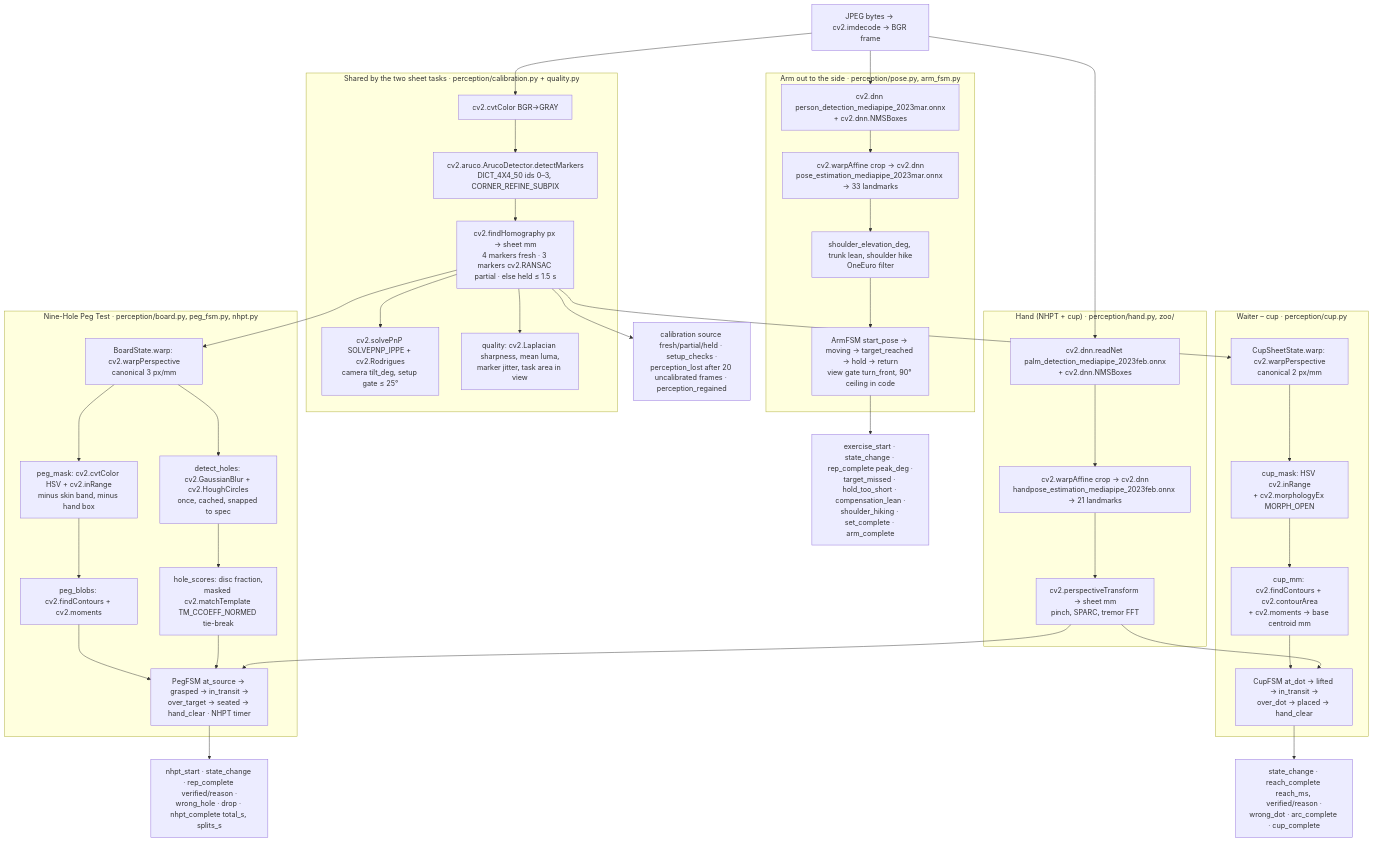
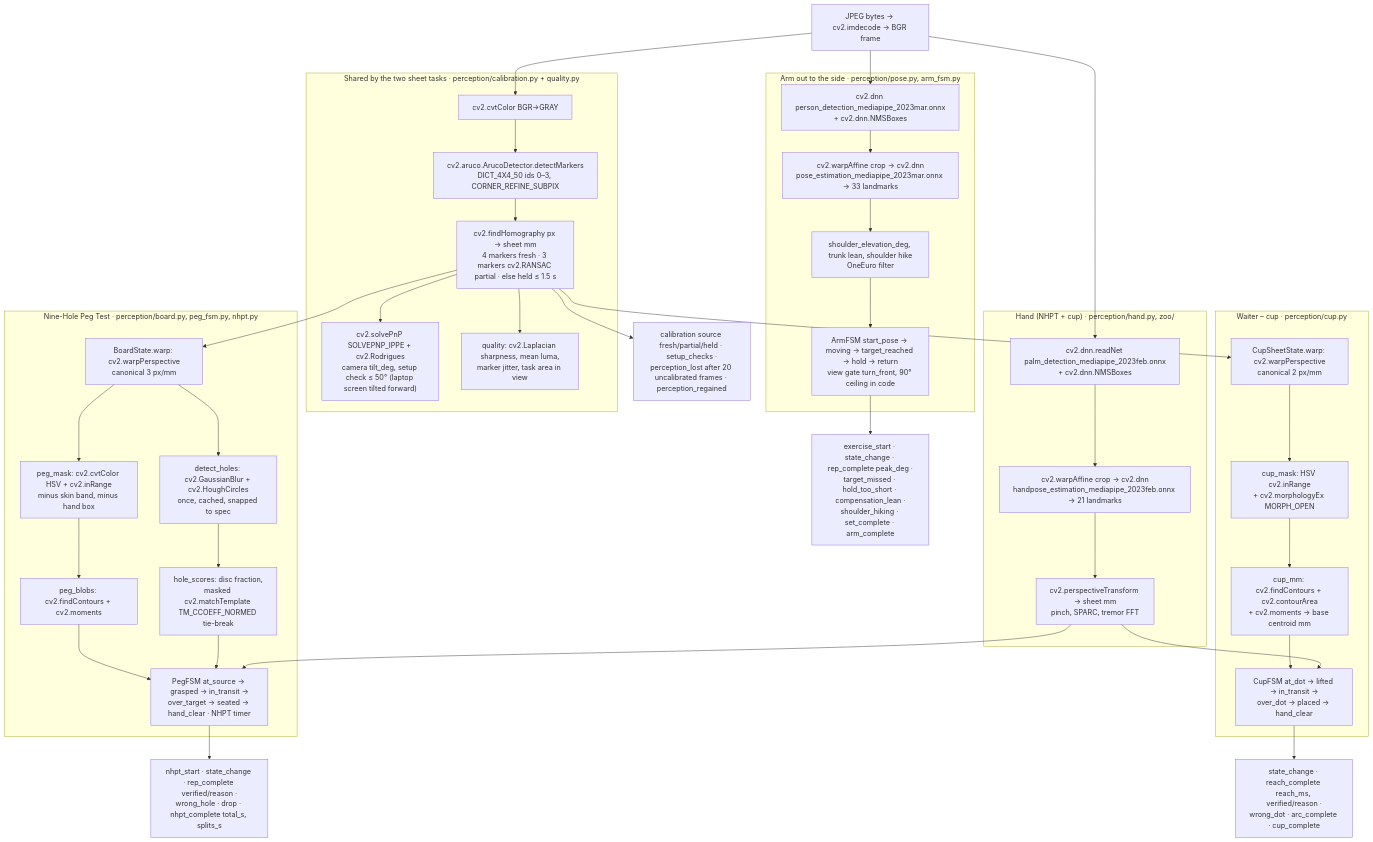
One commit to Sathvik609/Praxis changed the second of 3 diagrams in docs/ARCHITECTURE.md. Above: the diagram before and after it, drawn with Mermaid. The commit also changed other lines of this file and 5 other files, not shown here.

First line of the commit message:
feat(web): camera setup shows the laptop tilted over the sheet, laptop camera only

````diff
--- a/docs/ARCHITECTURE.md
+++ b/docs/ARCHITECTURE.md
@@ -95,62 +95,62 @@
 ```mermaid
 flowchart TB
     IN["JPEG bytes → cv2.imdecode → BGR frame"]
 
     subgraph SHEET["Shared by the two sheet tasks · perception/calibration.py + quality.py"]
         A1["cv2.cvtColor BGR→GRAY"]
         A2["cv2.aruco.ArucoDetector.detectMarkers<br/>DICT_4X4_50 ids 0–3, CORNER_REFINE_SUBPIX"]
         A3["cv2.findHomography px → sheet mm<br/>4 markers fresh · 3 markers cv2.RANSAC partial · else held ≤ 1.5 s"]
-        A4["cv2.solvePnP SOLVEPNP_IPPE + cv2.Rodrigues<br/>camera tilt_deg, setup gate ≤ 25°"]
+        A4["cv2.solvePnP SOLVEPNP_IPPE + cv2.Rodrigues<br/>camera tilt_deg, setup check ≤ 50° (laptop screen tilted forward)"]
         A5["quality: cv2.Laplacian sharpness, mean luma,<br/>marker jitter, task area in view"]
         A1 --> A2 --> A3 --> A4
         A3 --> A5
     end
 
     subgraph NHPT["Nine-Hole Peg Test · perception/board.py, peg_fsm.py, nhpt.py"]
         N1["BoardState.warp: cv2.warpPerspective<br/>canonical 3 px/mm"]
         N2["detect_holes: cv2.GaussianBlur + cv2.HoughCircles<br/>once, cached, snapped to spec"]
         N3["peg_mask: cv2.cvtColor HSV + cv2.inRange<br/>minus skin band, minus hand box"]
         N4["peg_blobs: cv2.findContours + cv2.moments"]
         N5["hole_scores: disc fraction,<br/>masked cv2.matchTemplate TM_CCOEFF_NORMED tie-break"]
         N6["PegFSM at_source → grasped → in_transit →<br/>over_target → seated → hand_clear · NHPT timer"]
         N1 --> N2 --> N5
         N1 --> N3 --> N4 --> N6
         N5 --> N6
     end
 
     subgraph CUPS["Waiter – cup · perception/cup.py"]
         C1["CupSheetState.warp: cv2.warpPerspective<br/>canonical 2 px/mm"]
         C2["cup_mask: HSV cv2.inRange<br/>+ cv2.morphologyEx MORPH_OPEN"]
         C3["cup_mm: cv2.findContours + cv2.contourArea<br/>+ cv2.moments → base centroid mm"]
         C4["CupFSM at_dot → lifted → in_transit →<br/>over_dot → placed → hand_clear"]
         C1 --> C2 --> C3 --> C4
     end
 
     subgraph HANDS["Hand (NHPT + cup) · perception/hand.py, zoo/"]
         H1["cv2.dnn.readNet palm_detection_mediapipe_2023feb.onnx<br/>+ cv2.dnn.NMSBoxes"]
         H2["cv2.warpAffine crop → cv2.dnn<br/>handpose_estimation_mediapipe_2023feb.onnx → 21 landmarks"]
         H3["cv2.perspectiveTransform → sheet mm<br/>pinch, SPARC, tremor FFT"]
         H1 --> H2 --> H3
     end
 
     subgraph ARM["Arm out to the side · perception/pose.py, arm_fsm.py"]
         P1["cv2.dnn person_detection_mediapipe_2023mar.onnx<br/>+ cv2.dnn.NMSBoxes"]
         P2["cv2.warpAffine crop → cv2.dnn<br/>pose_estimation_mediapipe_2023mar.onnx → 33 landmarks"]
         P3["shoulder_elevation_deg, trunk lean, shoulder hike<br/>OneEuro filter"]
         P4["ArmFSM start_pose → moving → target_reached → hold → return<br/>view gate turn_front, 90° ceiling in code"]
         P1 --> P2 --> P3 --> P4
     end
 
     IN --> A1
     IN --> H1
     IN --> P1
     A3 --> N1
     A3 --> C1
     H3 --> N6
     H3 --> C4
 
     N6 --> EN["nhpt_start · state_change · rep_complete verified/reason ·<br/>wrong_hole · drop · nhpt_complete total_s, splits_s"]
     C4 --> EC["state_change · reach_complete reach_ms, verified/reason ·<br/>wrong_dot · arc_complete · cup_complete"]
     P4 --> EA["exercise_start · state_change · rep_complete peak_deg ·<br/>target_missed · hold_too_short · compensation_lean ·<br/>shoulder_hiking · set_complete · arm_complete"]
     A3 --> EP["calibration source fresh/partial/held · setup_checks ·<br/>perception_lost after 20 uncalibrated frames · perception_regained"]
 ```
````
